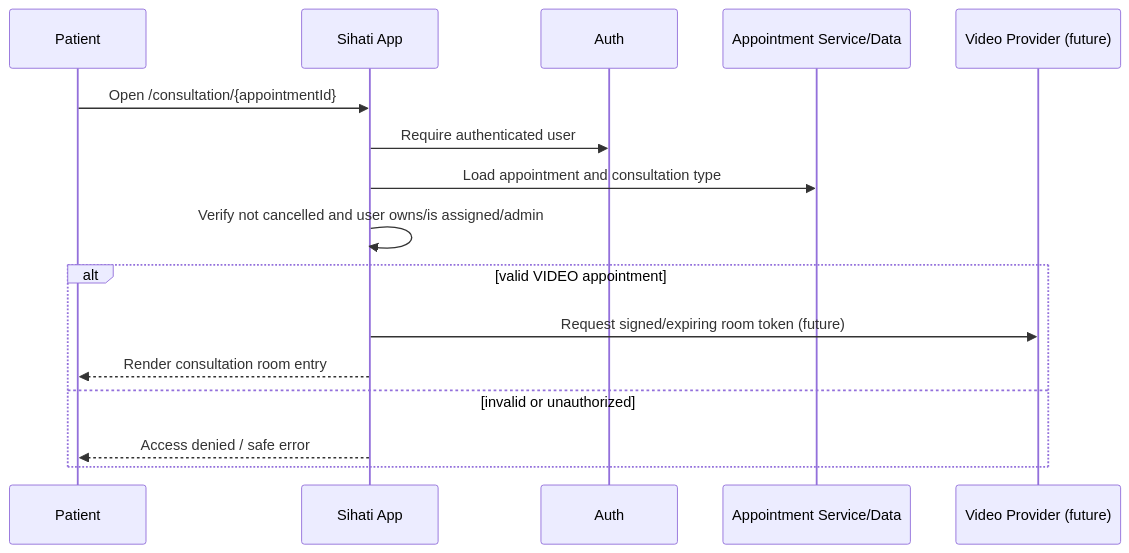
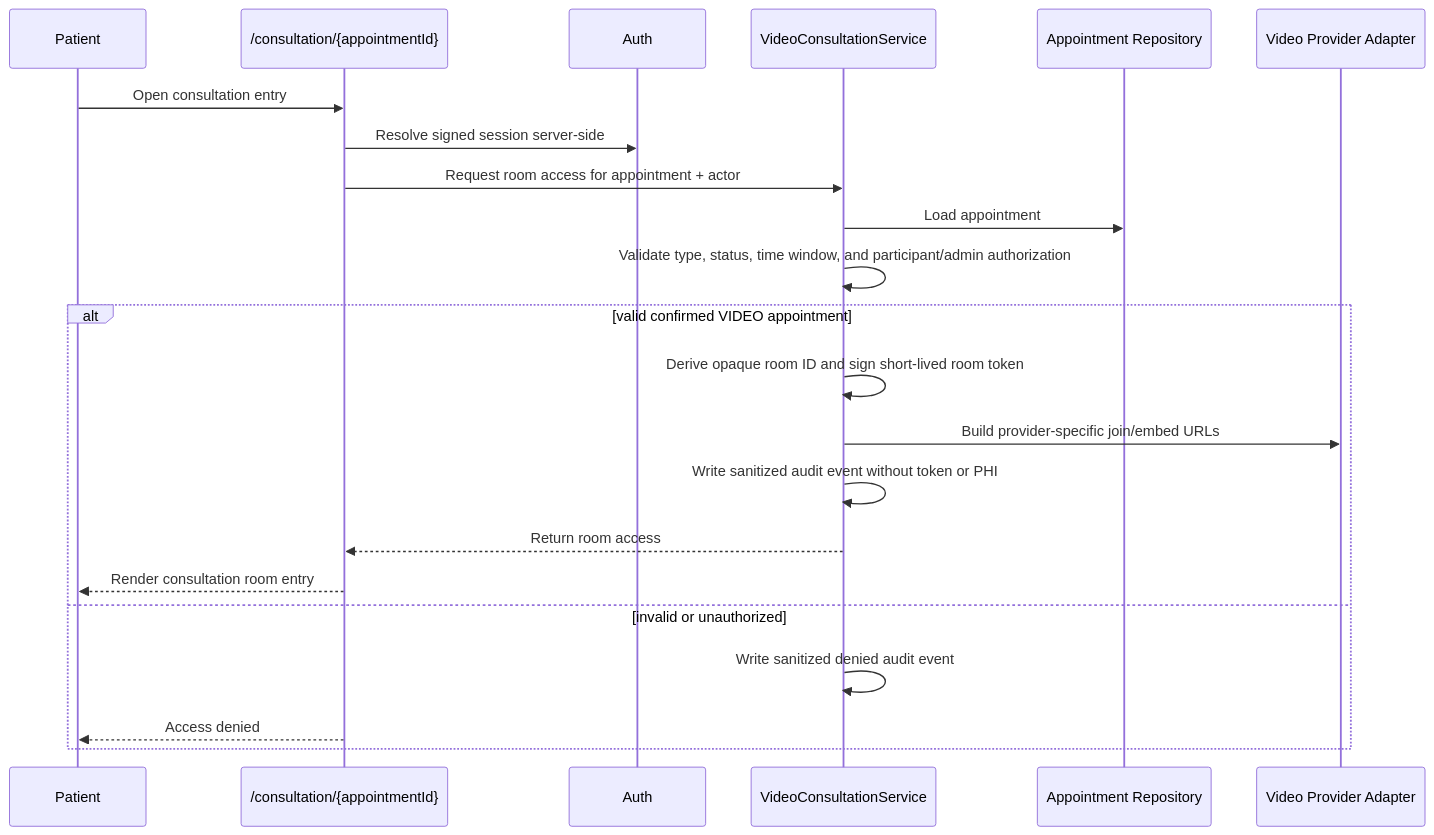
The fifth of 8 diagrams in docs/technical-architecture.md (abou-cell/sihati-book-ma), drawn with Mermaid before and after one commit. The commit also changed other lines of this file and 6 other files, not shown here.

Commit message:
Harden video consultation joins

````diff
--- a/docs/technical-architecture.md
+++ b/docs/technical-architecture.md
@@ -256,19 +257,25 @@
 ```mermaid
 sequenceDiagram
   participant Patient
-  participant App as Sihati App
+  participant App as /consultation/{appointmentId}
   participant Auth
-  participant Appt as Appointment Service/Data
-  participant Video as Video Provider (future)
+  participant VideoSvc as VideoConsultationService
+  participant Repo as Appointment Repository
+  participant Adapter as Video Provider Adapter
 
-  Patient->>App: Open /consultation/{appointmentId}
-  App->>Auth: Require authenticated user
-  App->>Appt: Load appointment and consultation type
-  App->>App: Verify not cancelled and user owns/is assigned/admin
-  alt valid VIDEO appointment
-    App->>Video: Request signed/expiring room token (future)
+  Patient->>App: Open consultation entry
+  App->>Auth: Resolve signed session server-side
+  App->>VideoSvc: Request room access for appointment + actor
+  VideoSvc->>Repo: Load appointment
+  VideoSvc->>VideoSvc: Validate type, status, time window, and participant/admin authorization
+  alt valid confirmed VIDEO appointment
+    VideoSvc->>VideoSvc: Derive opaque room ID and sign short-lived room token
+    VideoSvc->>Adapter: Build provider-specific join/embed URLs
+    VideoSvc->>VideoSvc: Write sanitized audit event without token or PHI
+    VideoSvc-->>App: Return room access
     App-->>Patient: Render consultation room entry
   else invalid or unauthorized
-    App-->>Patient: Access denied / safe error
+    VideoSvc->>VideoSvc: Write sanitized denied audit event
+    App-->>Patient: Access denied
   end
 ```
````
